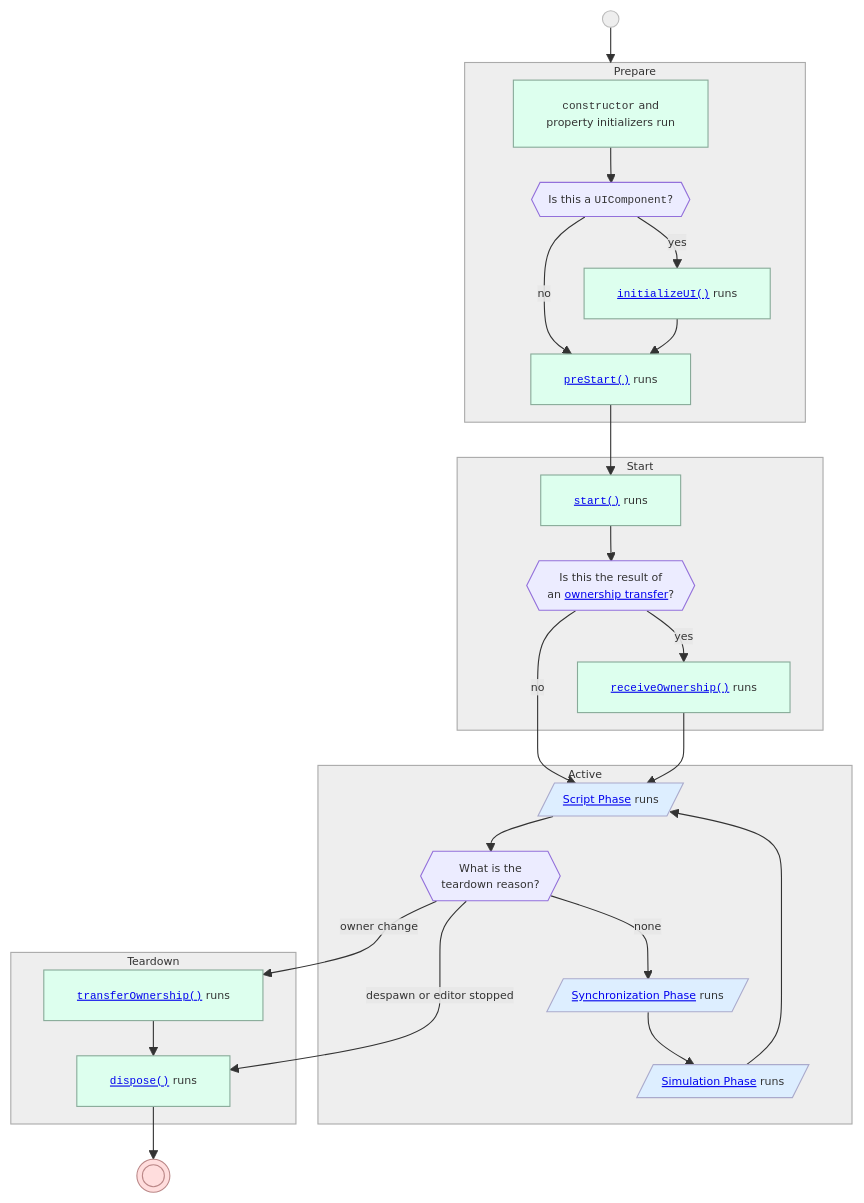
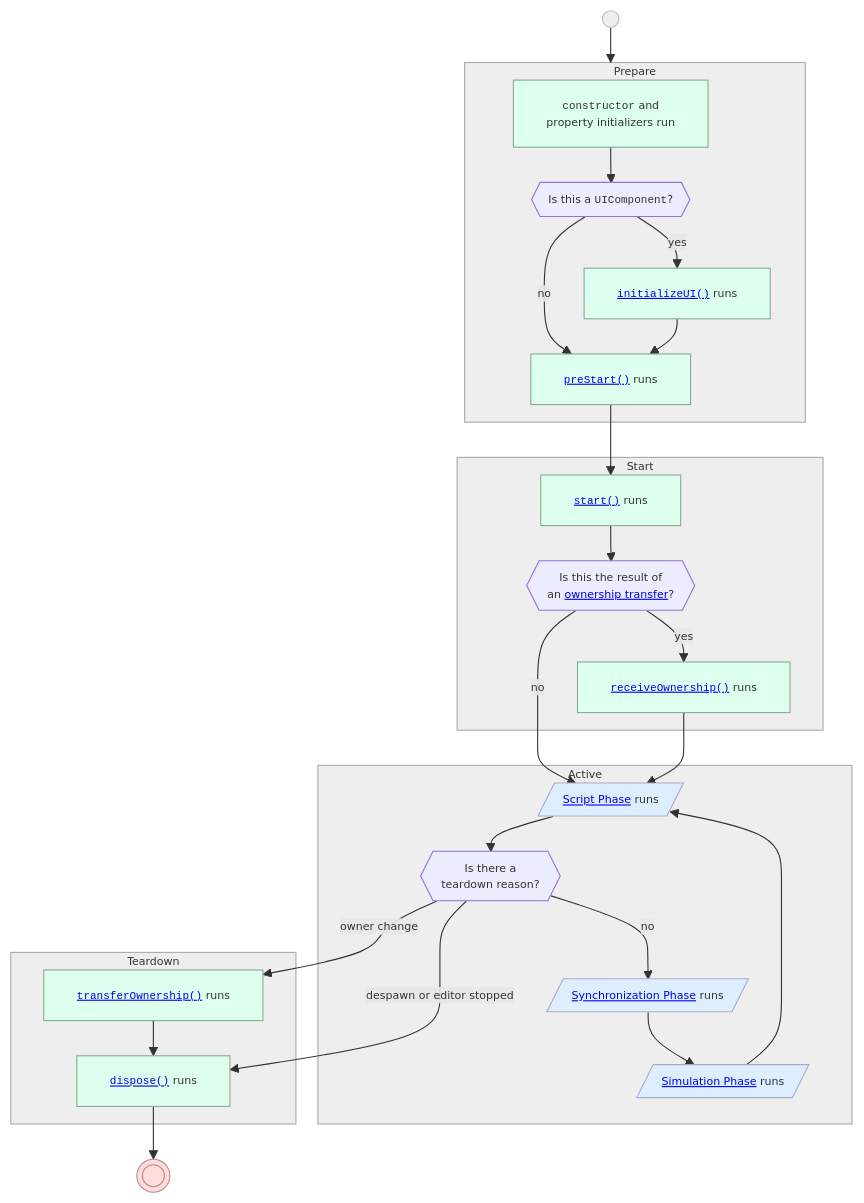
Before and after one commit to MHCPCreators/horizonCreatorManual: the sixth of 13 diagrams in HorizonTechnicalDoc.md, drawn with Mermaid. The commit also changed other lines of this file, not shown here.

Commit message:
More frame sequence

````diff
--- a/HorizonTechnicalDoc.md
+++ b/HorizonTechnicalDoc.md
@@ -2917,73 +2917,73 @@
 ```mermaid {align="center"}
 %%{init: {'themeVariables': {'fontSize': '10px'}, 'flowchart': {'nodeSpacing': '40', 'rankSpacing': '32'}}}%%
 flowchart TB
     subgraph Prepare
         New
         InitializeUI
         PreStart
 
         New --> IsUI{{Is this a <code style="background-color:#0000">UIComponent</code>?}}
         IsUI --"yes"--> InitializeUI
         IsUI --"no"--> PreStart
         InitializeUI --> PreStart
     end
 
     subgraph StartBlock [Start]
         Start
         ReceiveOwnership
 
         Start --> IsNewClient{{Is this the result of<br/>an <a href="#ownership-transfer">ownership transfer</a>?}}
         IsNewClient --"yes"--> ReceiveOwnership
     end
 
     subgraph Active
         ScriptingPhase@{shape: lean-r, label: <a href="#script-phase">Script Phase</a> runs}
         EarlyPhase@{shape: lean-r, label: <a href="#simulation-phase">Simulation Phase</a> runs}
         LatePhase@{shape: lean-r, label: <a href="#synchronization-phase">Synchronization Phase</a> runs}
 
-        EarlyPhase --> ScriptingPhase --> TeardownReason{{What is the<br/>teardown reason?}}
-        TeardownReason --"none"--> LatePhase --> EarlyPhase
+        EarlyPhase --> ScriptingPhase --> TeardownReason{{Is there a<br/>teardown reason?}}
+        TeardownReason --"no"--> LatePhase --> EarlyPhase
     end
 
     subgraph Teardown
         TransferOwnership --> Dispose@{ label: <a href="#component-lifecycle" style="font-family:monospace">dispose()</a> runs }
     end
 
     New@{ label: <code style="background-color:#0000">constructor</code> and<br/>property initializers run }
     InitializeUI@{ label: <a href="#uicomponent-class" style="font-family:monospace">initializeUI()</a> runs }
     PreStart@{ label: <a href="#component-lifecycle" style="font-family:monospace">preStart()</a> runs }
     Start@{ label: <a href="#component-lifecycle" style="font-family:monospace">start()</a> runs }
     ReceiveOwnership@{ label: <a href="#transferring-data-across-owners" style="font-family:monospace">receiveOwnership()</a> runs }
     TransferOwnership@{ label: <a href="#transferring-data-across-owners" style="font-family:monospace">transferOwnership()</a> runs }
 
 
     StartBlock@{ label: "Start" }
 
 Birth@{shape: circ, label: " "} --> Prepare
 PreStart --> Start
 IsNewClient --"no"--> ScriptingPhase
 ReceiveOwnership --> ScriptingPhase
 TeardownReason --"owner change"--> TransferOwnership
 TeardownReason --"despawn or editor stopped" --> Dispose
 Dispose --> Death@{shape: dbl-circ, label: " "}
 
 style Birth fill:#eee,stroke:#bbb
 style Death fill:#fdd,stroke:#b88
 
 style New fill:#dfe,stroke:#8a9
 style InitializeUI fill:#dfe,stroke:#8a9
 style PreStart fill:#dfe,stroke:#8a9
 style Start fill:#dfe,stroke:#8a9
 style ReceiveOwnership fill:#dfe,stroke:#8a9
 style TransferOwnership fill:#dfe,stroke:#8a9
 style Dispose fill:#dfe,stroke:#8a9
 
 style Prepare fill:#eee,stroke:#aaa
 style StartBlock fill:#eee,stroke:#aaa
 style Active fill:#eee,stroke:#aaa
 style Teardown fill:#eee,stroke:#aaa
 
 style ScriptingPhase fill:#def,stroke:#aac
 style LatePhase fill:#def,stroke:#aac
 style EarlyPhase fill:#def,stroke:#aac
 ```
````
